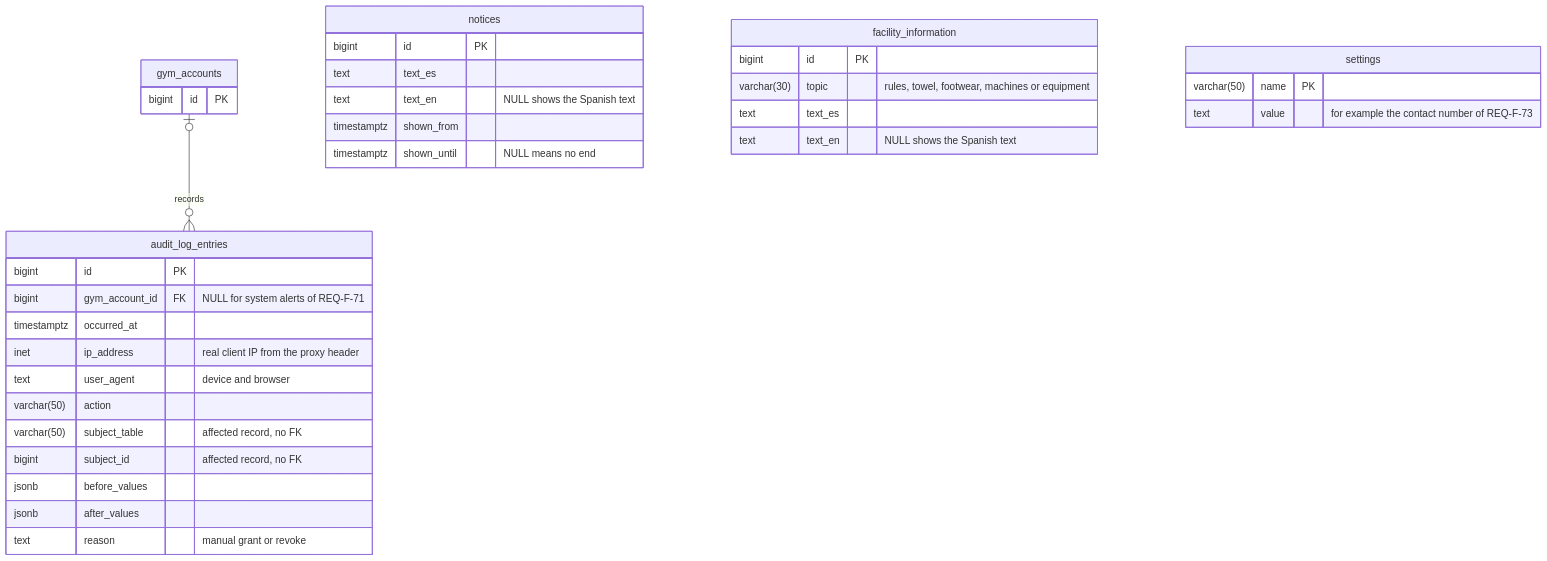
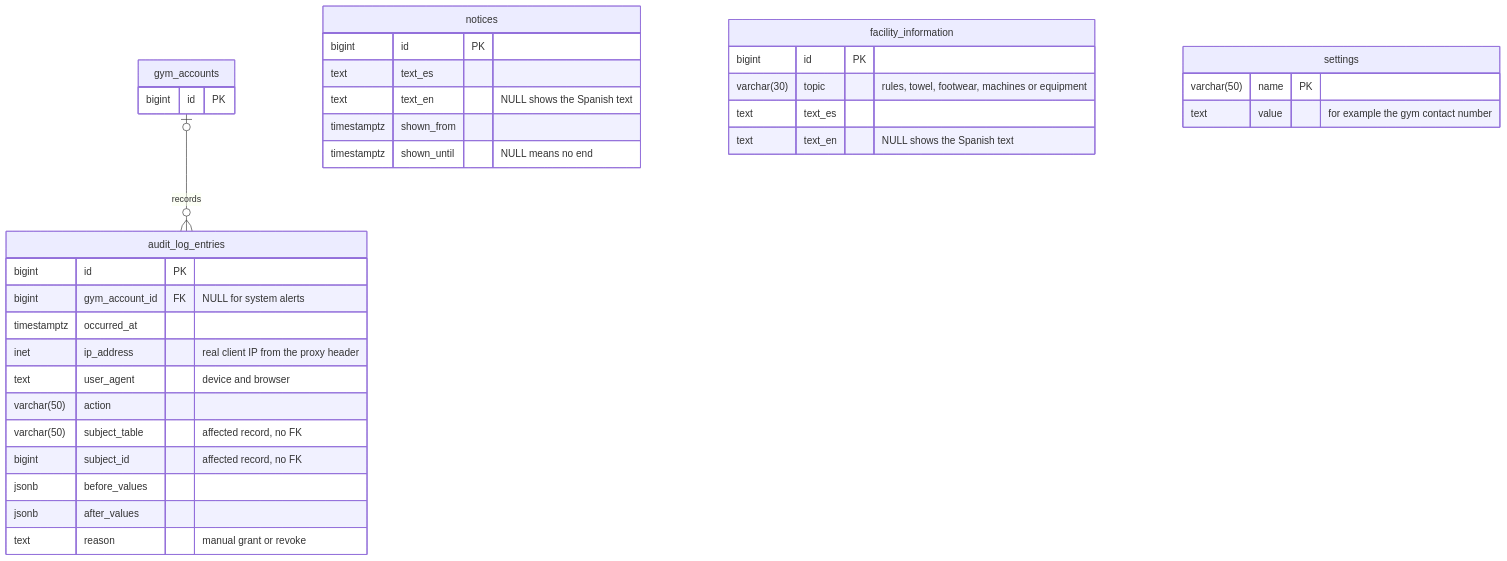
The fourth of 4 diagrams in docs/design/data-model.md (Th3-Minorities/natatorio-gym-app), drawn with Mermaid before and after one commit. The commit also changed other lines of this file, not shown here.

````diff
--- a/docs/design/data-model.md
+++ b/docs/design/data-model.md
@@ -211,38 +245,38 @@
 ```mermaid
 erDiagram
   gym_accounts |o--o{ audit_log_entries : "records"
 
   gym_accounts {
     bigint id PK
   }
   audit_log_entries {
     bigint id PK
-    bigint gym_account_id FK "NULL for system alerts of REQ-F-71"
+    bigint gym_account_id FK "NULL for system alerts"
     timestamptz occurred_at
     inet ip_address "real client IP from the proxy header"
     text user_agent "device and browser"
     varchar(50) action
     varchar(50) subject_table "affected record, no FK"
     bigint subject_id "affected record, no FK"
     jsonb before_values
     jsonb after_values
     text reason "manual grant or revoke"
   }
   notices {
     bigint id PK
     text text_es
     text text_en "NULL shows the Spanish text"
     timestamptz shown_from
     timestamptz shown_until "NULL means no end"
   }
   facility_information {
     bigint id PK
     varchar(30) topic "rules, towel, footwear, machines or equipment"
     text text_es
     text text_en "NULL shows the Spanish text"
   }
   settings {
     varchar(50) name PK
-    text value "for example the contact number of REQ-F-73"
+    text value "for example the gym contact number"
   }
 ```
````
